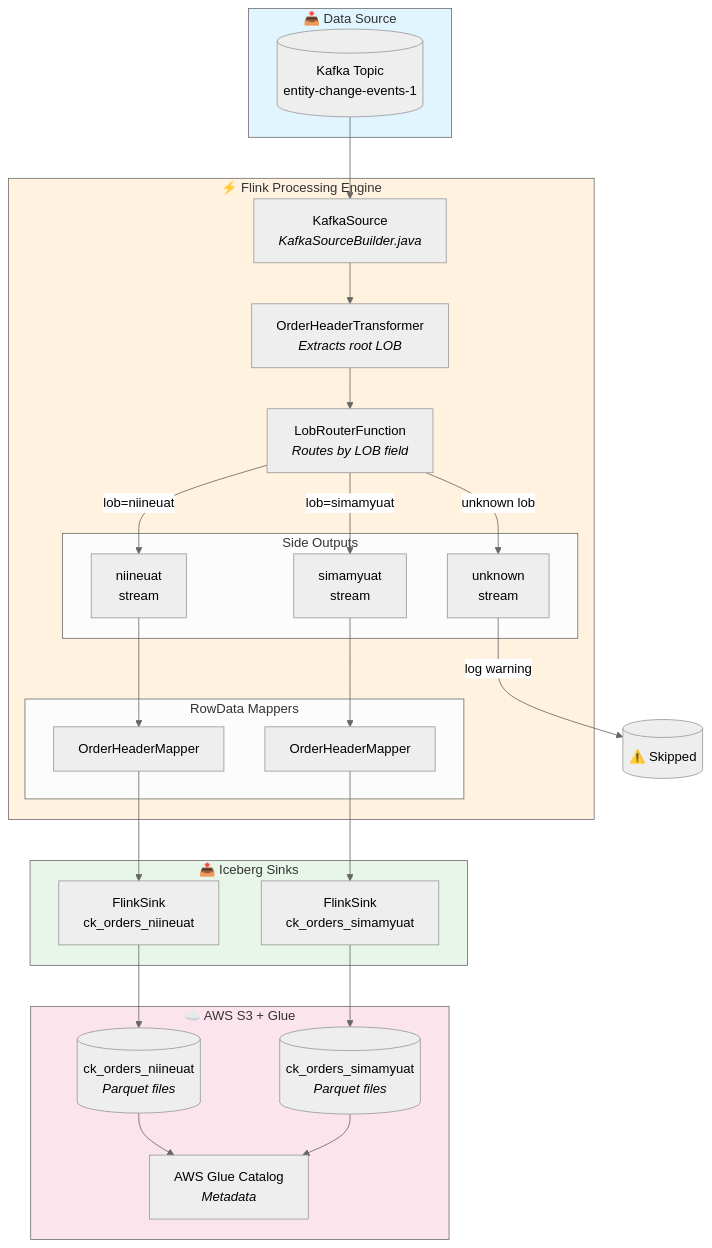
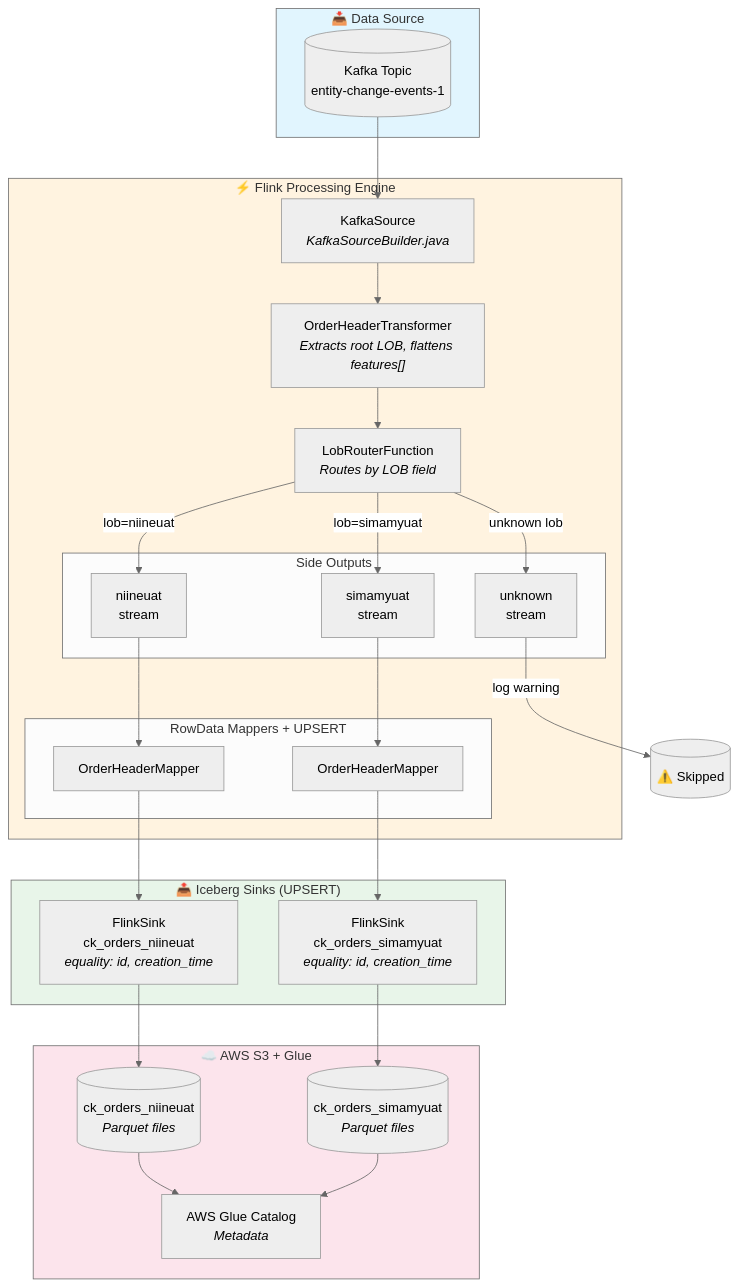
Before and after one commit to kartikrana-source/CDC-salescode-R: the first of 6 diagrams in ARCHITECTURE.md, drawn with Mermaid (neutral theme). The commit also changed other lines of this file and 6 other files, not shown here.

````diff
--- a/ARCHITECTURE.md
+++ b/ARCHITECTURE.md
@@ -5,50 +5,50 @@
 ```mermaid
 flowchart TB
     subgraph Source["📥 Data Source"]
         K[("Kafka Topic<br/>entity-change-events-1")]
     end
 
     subgraph Flink["⚡ Flink Processing Engine"]
         KS["KafkaSource<br/><i>KafkaSourceBuilder.java</i>"]
-        TR["OrderHeaderTransformer<br/><i>Extracts root LOB</i>"]
+        TR["OrderHeaderTransformer<br/><i>Extracts root LOB, flattens features[]</i>"]
         RT["LobRouterFunction<br/><i>Routes by LOB field</i>"]
         
         subgraph SideOutputs["Side Outputs"]
             SO1["niineuat<br/>stream"]
             SO2["simamyuat<br/>stream"]
             SO3["unknown<br/>stream"]
         end
         
-        subgraph Mappers["RowData Mappers"]
+        subgraph Mappers["RowData Mappers + UPSERT"]
             M1["OrderHeaderMapper"]
             M2["OrderHeaderMapper"]
         end
     end
 
-    subgraph Sink["📤 Iceberg Sinks"]
-        S1["FlinkSink<br/>ck_orders_niineuat"]
-        S2["FlinkSink<br/>ck_orders_simamyuat"]
+    subgraph Sink["📤 Iceberg Sinks (UPSERT)"]
+        S1["FlinkSink<br/>ck_orders_niineuat<br/><i>equality: id, creation_time</i>"]
+        S2["FlinkSink<br/>ck_orders_simamyuat<br/><i>equality: id, creation_time</i>"]
     end
 
     subgraph Storage["☁️ AWS S3 + Glue"]
         T1[("ck_orders_niineuat<br/><i>Parquet files</i>")]
         T2[("ck_orders_simamyuat<br/><i>Parquet files</i>")]
         G["AWS Glue Catalog<br/><i>Metadata</i>"]
     end
 
     K --> KS
     KS --> TR
     TR --> RT
     RT -->|lob=niineuat| SO1
     RT -->|lob=simamyuat| SO2
     RT -->|unknown lob| SO3
     SO1 --> M1 --> S1 --> T1
     SO2 --> M2 --> S2 --> T2
     T1 & T2 --> G
     SO3 -->|log warning| X[("⚠️ Skipped")]
 
     style Source fill:#e1f5fe
     style Flink fill:#fff3e0
     style Sink fill:#e8f5e9
     style Storage fill:#fce4ec
 ```
````
